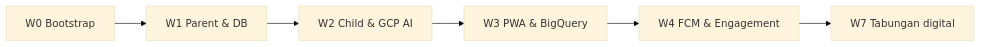
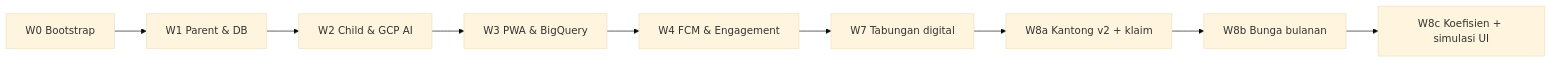
One commit to arifianjuari/habiku-nextjs changed the diagram in docs/implementation-roadmap-nextjs.md. Above: the diagram before and after it, drawn with Mermaid (base theme). The commit also changed other lines of this file and 48 other files, not shown here.

````diff
--- a/docs/implementation-roadmap-nextjs.md
+++ b/docs/implementation-roadmap-nextjs.md
@@ -106,8 +135,11 @@
 ```mermaid
 flowchart LR
   W0[W0 Bootstrap] --> W1[W1 Parent & DB]
   W1 --> W2[W2 Child & GCP AI]
   W2 --> W3[W3 PWA & BigQuery]
   W3 --> W4[W4 FCM & Engagement]
   W4 --> W7[W7 Tabungan digital]
+  W7 --> W8a[W8a Kantong v2 + klaim]
+  W8a --> W8b[W8b Bunga bulanan]
+  W8b --> W8c[W8c Koefisien + simulasi UI]
 ```
````
